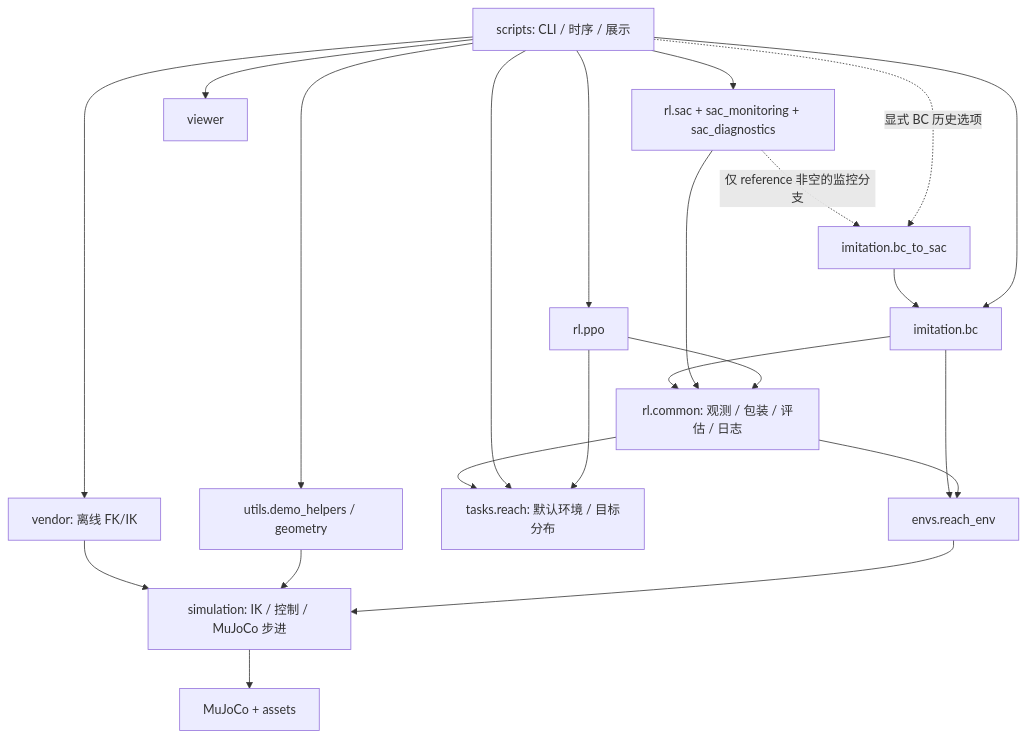
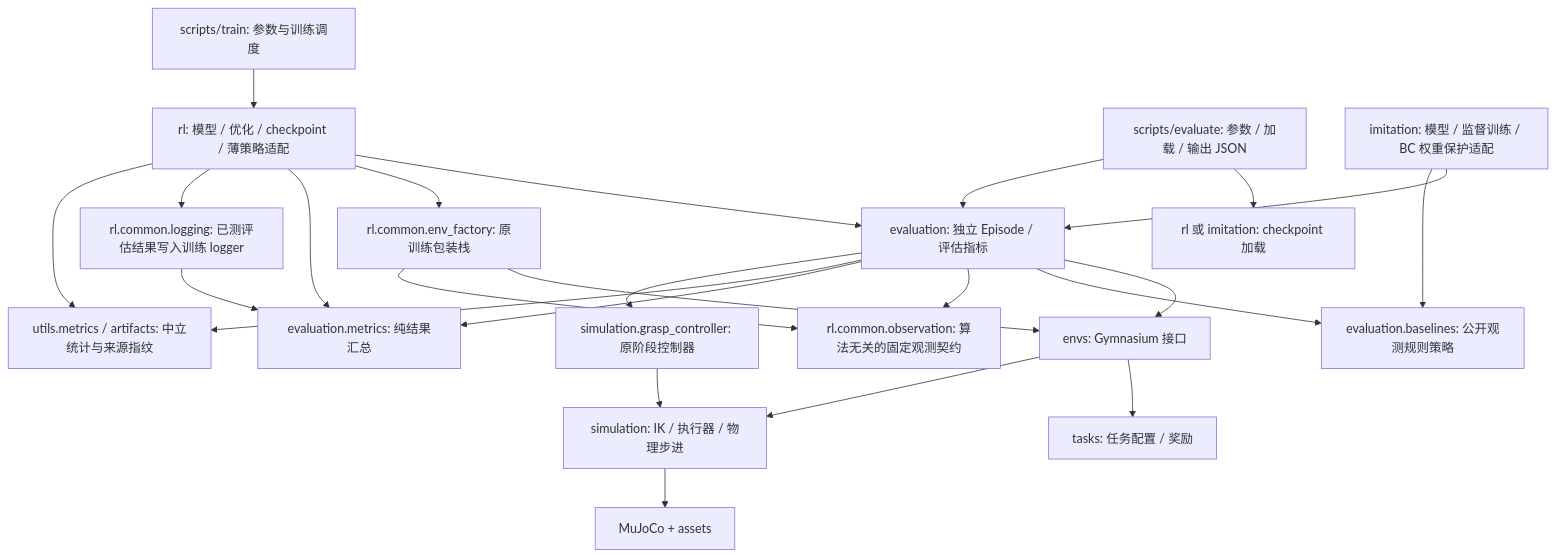
The diagram in docs/architecture.md (xlmys2022/realman_rl_simtoreal), drawn with Mermaid before and after one commit. The commit also changed other lines of this file and 41 other files, not shown here.

````diff
--- a/docs/architecture.md
+++ b/docs/architecture.md
@@ -42,24 +41,26 @@
 ```mermaid
 flowchart TD
-    CLI["scripts: CLI / 时序 / 展示"] --> PPO["rl.ppo"]
-    CLI --> SAC["rl.sac + sac_monitoring + sac_diagnostics"]
-    CLI --> BC["imitation.bc"]
-    CLI --> DEMO["utils.demo_helpers / geometry"]
-    CLI --> VIEW["viewer"]
-    CLI --> SDK["vendor: 离线 FK/IK"]
-    PPO --> COMMON["rl.common: 观测 / 包装 / 评估 / 日志"]
-    SAC --> COMMON
-    BC --> COMMON
-    PPO --> TASK["tasks.reach: 默认环境 / 目标分布"]
-    CLI --> TASK
-    COMMON --> TASK
-    COMMON --> ENV["envs.reach_env"]
-    BC --> ENV
-    ENV --> SIM["simulation: IK / 控制 / MuJoCo 步进"]
-    DEMO --> SIM
-    SDK --> SIM
-    SIM --> ASSET["MuJoCo + assets"]
-    CLI -. "显式 BC 历史选项" .-> TRANSFER["imitation.bc_to_sac"]
-    SAC -. "仅 reference 非空的监控分支" .-> TRANSFER
-    TRANSFER --> BC
+    TRAIN["scripts/train: 参数与训练调度"] --> RL["rl: 模型 / 优化 / checkpoint / 薄策略适配"]
+    CLI["scripts/evaluate: 参数 / 加载 / 输出 JSON"] --> LOAD["rl 或 imitation: checkpoint 加载"]
+    CLI --> EVAL["evaluation: 独立 Episode / 评估指标"]
+    RL --> EVAL
+    RL --> FACTORY["rl.common.env_factory: 原训练包装栈"]
+    FACTORY --> ENV["envs: Gymnasium 接口"]
+    EVAL --> ENV
+    EVAL --> RULE["evaluation.baselines: 公开观测规则策略"]
+    BC["imitation: 模型 / 监督训练 / BC 权重保护适配"] --> EVAL
+    BC --> RULE
+    EVAL --> OBS["rl.common.observation: 算法无关的固定观测契约"]
+    FACTORY --> OBS
+    EVAL --> METRIC["evaluation.metrics: 纯结果汇总"]
+    RL --> METRIC
+    RL --> LOG["rl.common.logging: 已测评估结果写入训练 logger"]
+    LOG --> METRIC
+    RL --> UTIL["utils.metrics / artifacts: 中立统计与来源指纹"]
+    EVAL --> UTIL
+    ENV --> TASK["tasks: 任务配置 / 奖励"]
+    ENV --> SIM["simulation: IK / 执行器 / 物理步进"]
+    EVAL --> CTRL["simulation.grasp_controller: 原阶段控制器"]
+    CTRL --> SIM
+    SIM --> ASSETS["MuJoCo + assets"]
 ```
````
